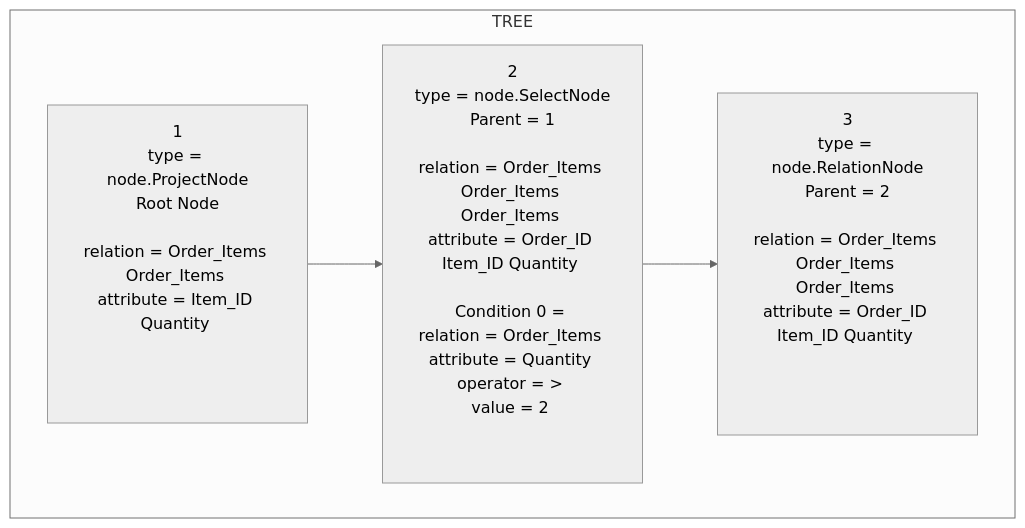
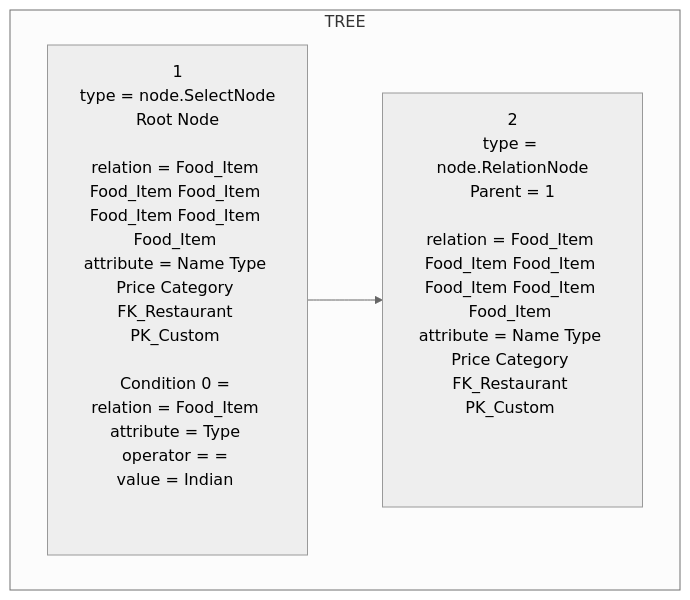
The diagram in phase2/src/selection_optimized.md (krtikgrg/Distributed_Database_System), drawn with Mermaid (neutral theme) before and after one commit. The commit also changed 31 other files, not shown here.

````diff
--- a/phase2/src/selection_optimized.md
+++ b/phase2/src/selection_optimized.md
@@ -1,10 +1,8 @@
 ```mermaid
 graph TD
 subgraph TREE
-1[1<br/>type = node.ProjectNode<br/>Root Node<br/><br/>relation = Order_Items Order_Items <br/>attribute = Item_ID Quantity <br/><br/><br/><br/>]
-2[2<br/>type = node.SelectNode<br/>Parent = 1<br/><br/>relation = Order_Items Order_Items Order_Items <br/>attribute = Order_ID Item_ID Quantity <br/><br/>Condition 0 = <br/>relation = Order_Items <br/>attribute = Quantity <br/>operator = > <br/>value = 2 <br/><br/><br/>]
+1[1<br/>type = node.SelectNode<br/>Root Node<br/><br/>relation = Food_Item Food_Item Food_Item Food_Item Food_Item Food_Item <br/>attribute = Name Type Price Category FK_Restaurant PK_Custom <br/><br/>Condition 0 = <br/>relation = Food_Item <br/>attribute = Type <br/>operator = = <br/>value = Indian <br/><br/><br/>]
+2[2<br/>type = node.RelationNode<br/>Parent = 1<br/><br/>relation = Food_Item Food_Item Food_Item Food_Item Food_Item Food_Item <br/>attribute = Name Type Price Category FK_Restaurant PK_Custom <br/><br/><br/><br/>]
 1-->2
-3[3<br/>type = node.RelationNode<br/>Parent = 2<br/><br/>relation = Order_Items Order_Items Order_Items <br/>attribute = Order_ID Item_ID Quantity <br/><br/><br/><br/>]
-2-->3
 end
 ```
````
